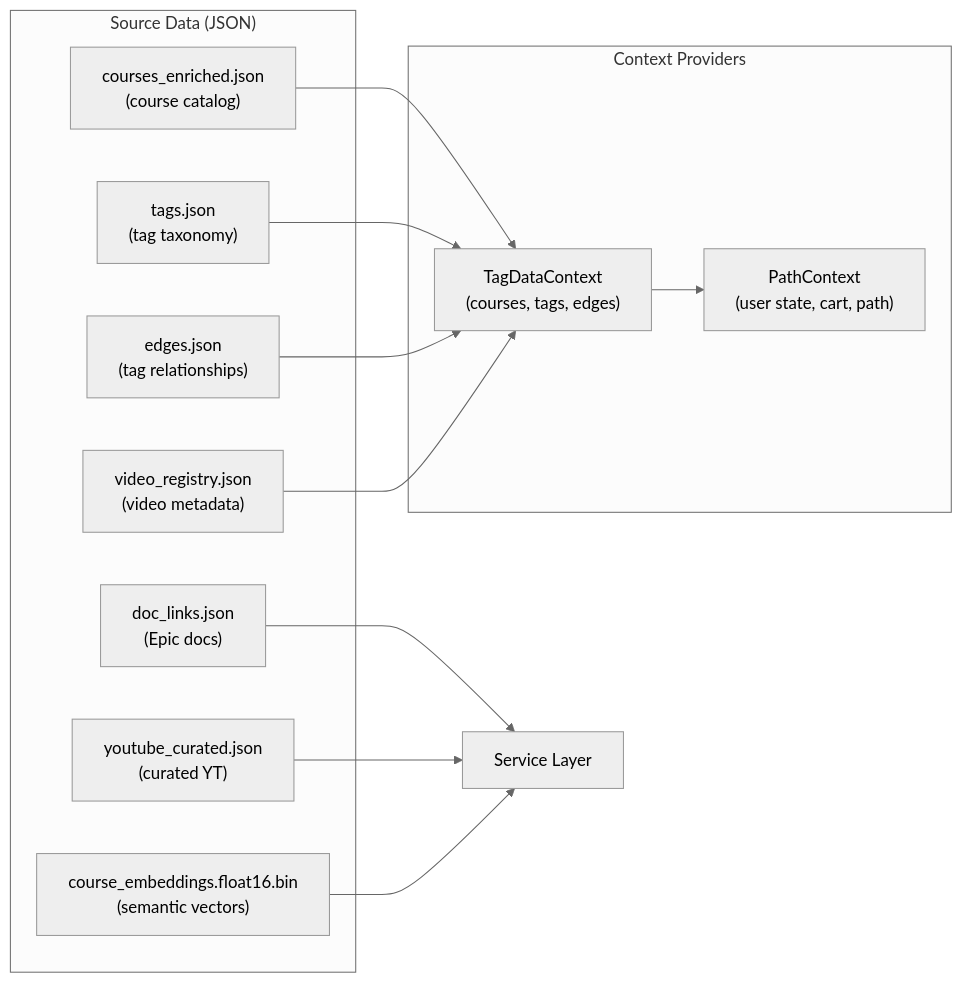
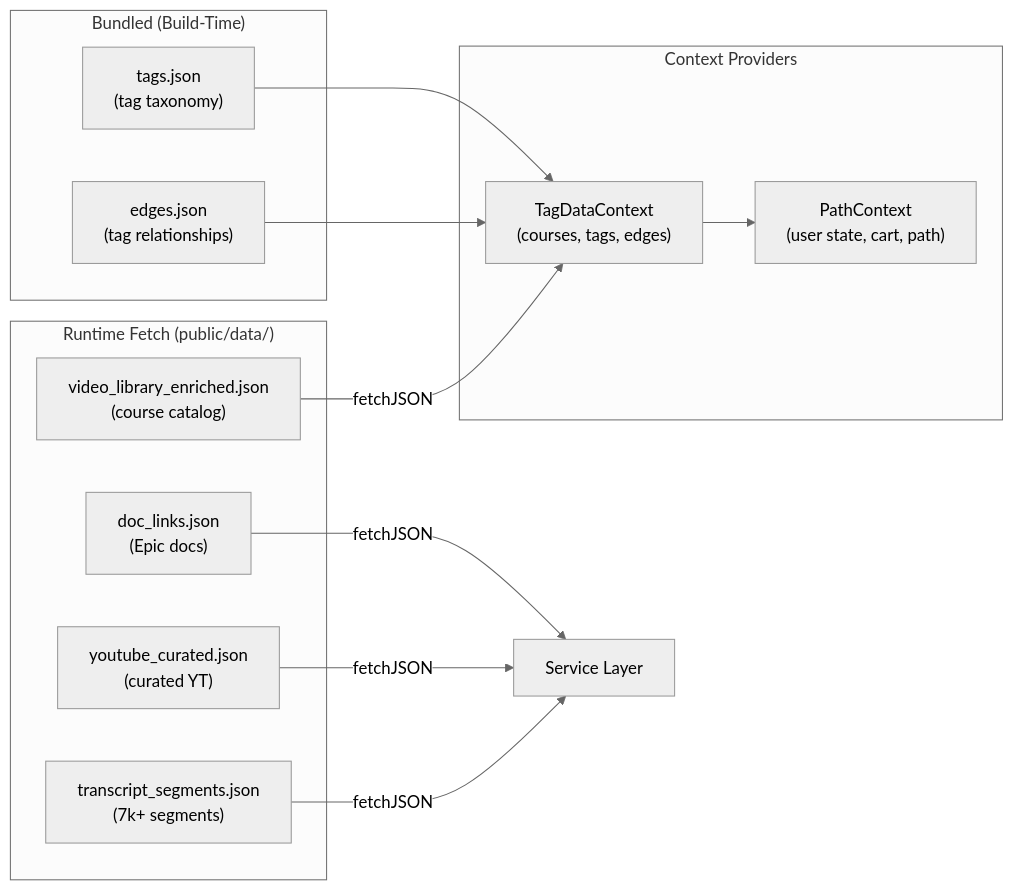
The third of 7 diagrams in ARCHITECTURE.md (SamDeiter/Unreal-Learning-Path-Tagging-System), drawn with Mermaid (neutral theme) before and after one commit. The commit also changed other lines of this file and 1 other file, not shown here.

Commit message:
docs: update CHANGES.md and ARCHITECTURE.md for v7.3.0-monorepo-audit
CHANGES.md: New v7.3.0 entry documenting Path Builder layout fix,
geminiService DRY refactor, TabRouter extraction, and youtube_curated
runtime migration.

ARCHITECTURE.md: Updated Static Data section to reflect runtime fetch
architecture (public/data/ + dataLoader.js) replacing build-time bundling.

````diff
--- a/ARCHITECTURE.md
+++ b/ARCHITECTURE.md
@@ -141,22 +141,24 @@
 ```mermaid
 graph LR
-    subgraph "Source Data (JSON)"
-        C["courses_enriched.json<br/>(course catalog)"]
+    subgraph "Bundled (Build-Time)"
         T["tags.json<br/>(tag taxonomy)"]
         E["edges.json<br/>(tag relationships)"]
-        V["video_registry.json<br/>(video metadata)"]
+    end
+
+    subgraph "Runtime Fetch (public/data/)"
+        C["video_library_enriched.json<br/>(course catalog)"]
         D["doc_links.json<br/>(Epic docs)"]
         Y["youtube_curated.json<br/>(curated YT)"]
-        EM["course_embeddings.float16.bin<br/>(semantic vectors)"]
+        TS["transcript_segments.json<br/>(7k+ segments)"]
     end
 
     subgraph "Context Providers"
         TDC["TagDataContext<br/>(courses, tags, edges)"]
         PC["PathContext<br/>(user state, cart, path)"]
     end
 
-    C & T & E & V --> TDC
+    T & E --> TDC
+    C -->|fetchJSON| TDC
     TDC --> PC
-    D & Y --> SVC["Service Layer"]
-    EM --> SVC
+    D & Y & TS -->|fetchJSON| SVC["Service Layer"]
 ```
````
